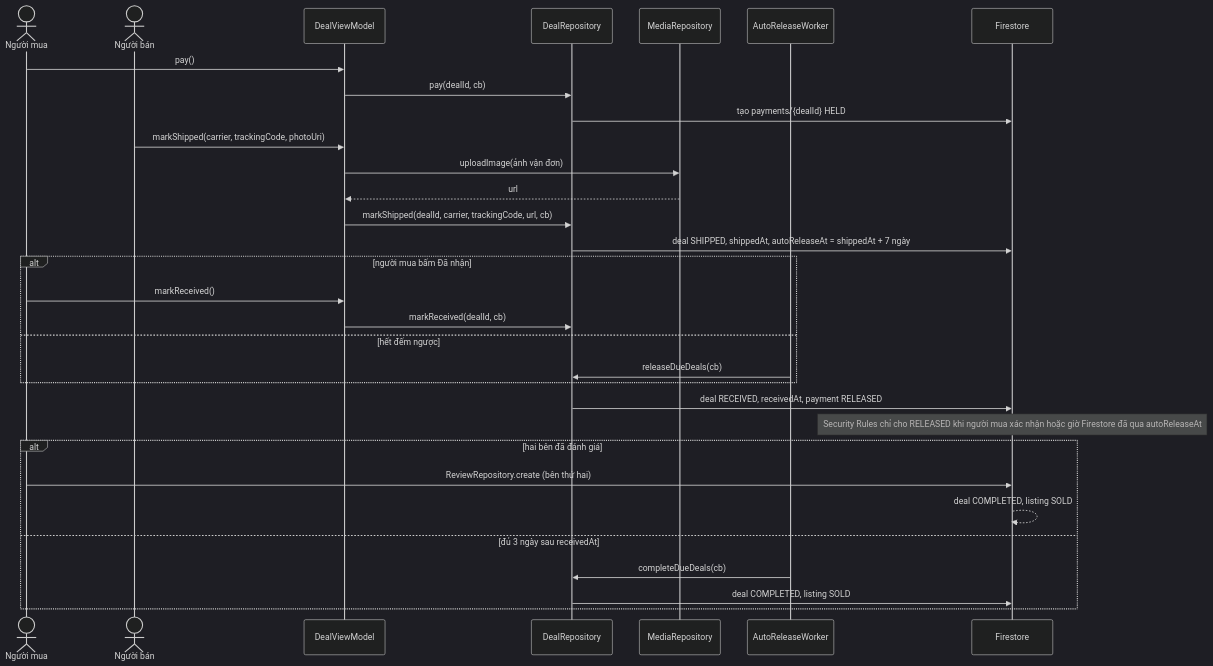
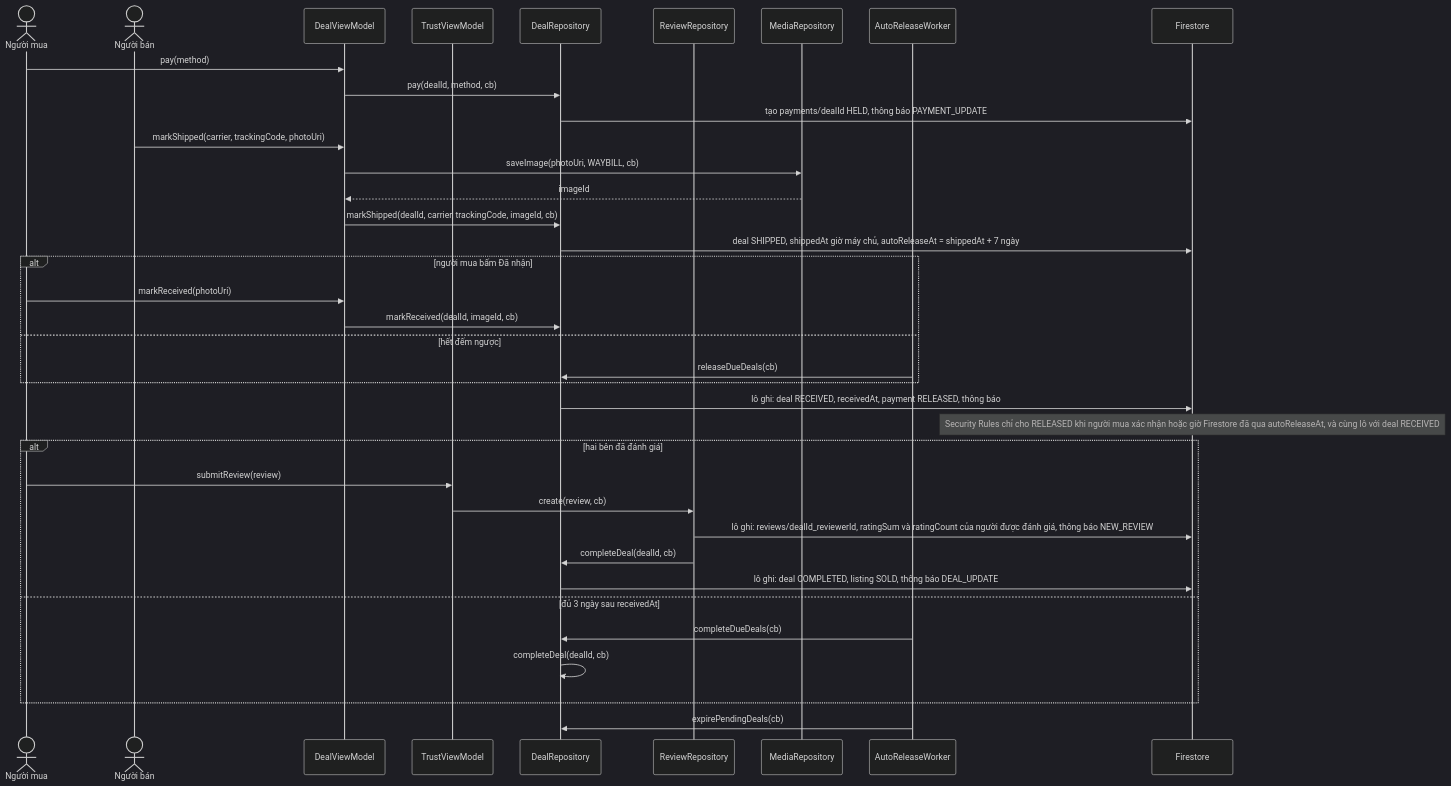
The fifth of 7 diagrams in workflow/docs/architecture/luong-xu-ly.md (tahpnart8/NHOM3-MobileApp), drawn with Mermaid (dark theme) before and after one commit. The commit also changed other lines of this file and 190 other files, not shown here.

Commit message:
docs(plan): kế hoạch rút gọn 33 issue và đồng nhất tài liệu trước khi code (#114)

````diff
--- a/workflow/docs/architecture/luong-xu-ly.md
+++ b/workflow/docs/architecture/luong-xu-ly.md
@@ -146,33 +171,39 @@
 ```mermaid
 sequenceDiagram
     actor B as Người mua
     actor S as Người bán
     participant DVM as DealViewModel
+    participant TVM as TrustViewModel
     participant DR as DealRepository
+    participant RR as ReviewRepository
     participant MR as MediaRepository
     participant W as AutoReleaseWorker
     participant FS as Firestore
-    B->>DVM: pay()
-    DVM->>DR: pay(dealId, cb)
-    DR->>FS: tạo payments/{dealId} HELD
+    B->>DVM: pay(method)
+    DVM->>DR: pay(dealId, method, cb)
+    DR->>FS: tạo payments/dealId HELD, thông báo PAYMENT_UPDATE
     S->>DVM: markShipped(carrier, trackingCode, photoUri)
-    DVM->>MR: uploadImage(ảnh vận đơn)
-    MR-->>DVM: url
-    DVM->>DR: markShipped(dealId, carrier, trackingCode, url, cb)
-    DR->>FS: deal SHIPPED, shippedAt, autoReleaseAt = shippedAt + 7 ngày
+    DVM->>MR: saveImage(photoUri, WAYBILL, cb)
+    MR-->>DVM: imageId
+    DVM->>DR: markShipped(dealId, carrier, trackingCode, imageId, cb)
+    DR->>FS: deal SHIPPED, shippedAt giờ máy chủ, autoReleaseAt = shippedAt + 7 ngày
     alt người mua bấm Đã nhận
-        B->>DVM: markReceived()
-        DVM->>DR: markReceived(dealId, cb)
+        B->>DVM: markReceived(photoUri)
+        DVM->>DR: markReceived(dealId, imageId, cb)
     else hết đếm ngược
         W->>DR: releaseDueDeals(cb)
     end
-    DR->>FS: deal RECEIVED, receivedAt, payment RELEASED
-    Note over FS: Security Rules chỉ cho RELEASED khi người mua xác nhận hoặc giờ Firestore đã qua autoReleaseAt
+    DR->>FS: lô ghi: deal RECEIVED, receivedAt, payment RELEASED, thông báo
+    Note over FS: Security Rules chỉ cho RELEASED khi người mua xác nhận hoặc giờ Firestore đã qua autoReleaseAt, và cùng lô với deal RECEIVED
     alt hai bên đã đánh giá
-        B->>FS: ReviewRepository.create (bên thứ hai)
-        FS-->>FS: deal COMPLETED, listing SOLD
+        B->>TVM: submitReview(review)
+        TVM->>RR: create(review, cb)
+        RR->>FS: lô ghi: reviews/dealId_reviewerId, ratingSum và ratingCount của người được đánh giá, thông báo NEW_REVIEW
+        RR->>DR: completeDeal(dealId, cb)
+        DR->>FS: lô ghi: deal COMPLETED, listing SOLD, thông báo DEAL_UPDATE
     else đủ 3 ngày sau receivedAt
         W->>DR: completeDueDeals(cb)
-        DR->>FS: deal COMPLETED, listing SOLD
+        DR->>DR: completeDeal(dealId, cb)
     end
+    W->>DR: expirePendingDeals(cb)
 ```
````
